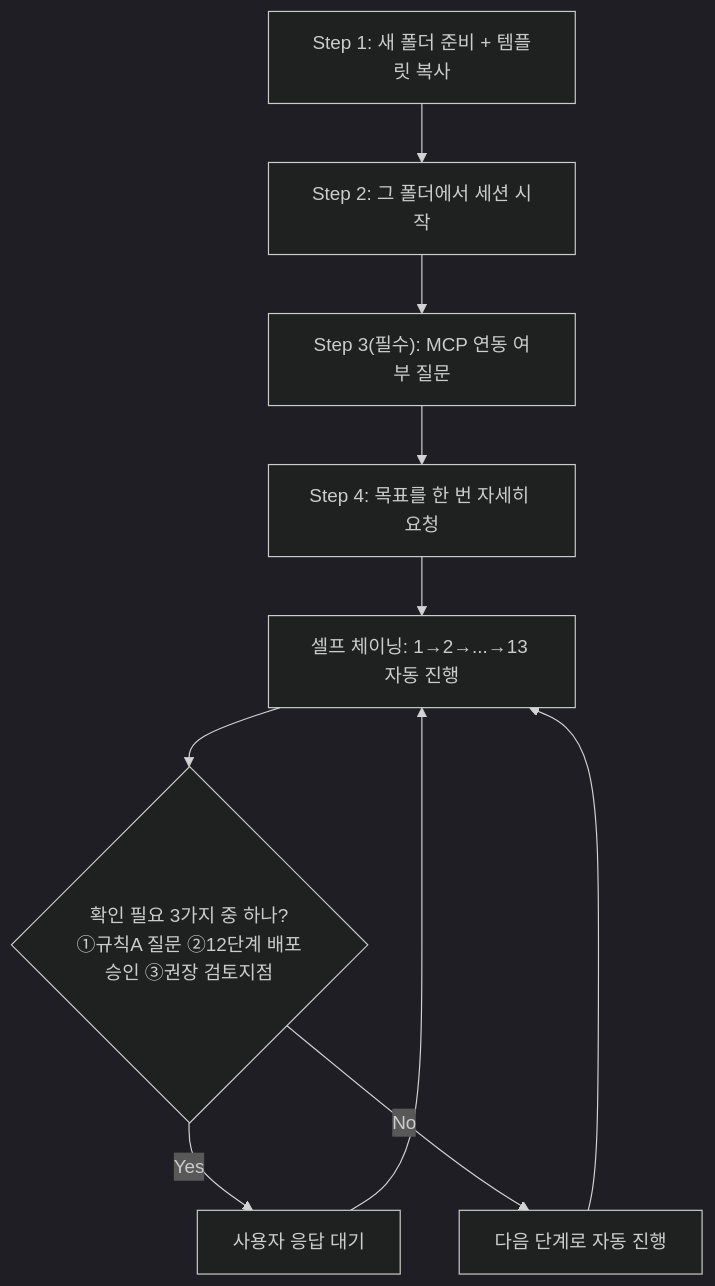
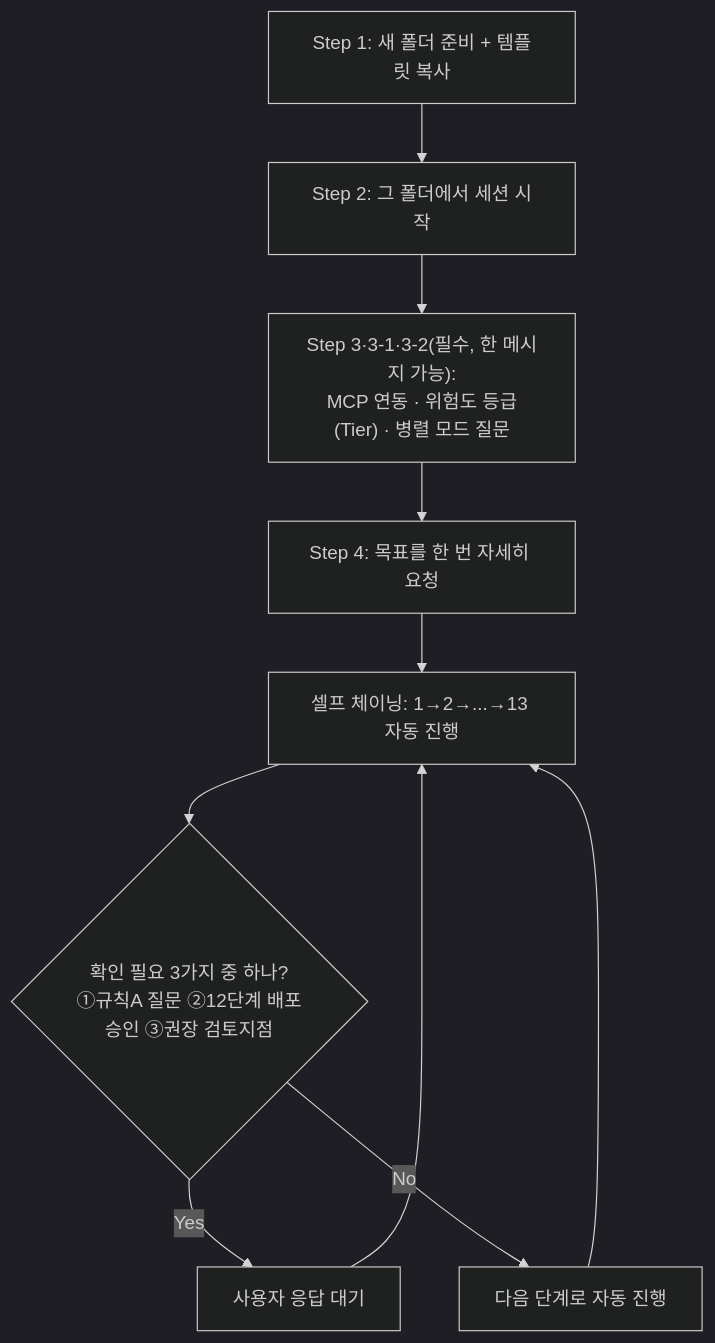
The fourth of 9 diagrams in USAGE-GUIDE.md (jcs19752510-ui/HANESS_AUTO), drawn with Mermaid (dark theme) before and after one commit. The commit also changed other lines of this file and 7 other files, not shown here.

````diff
--- a/USAGE-GUIDE.md
+++ b/USAGE-GUIDE.md
@@ -96,12 +121,12 @@
 ```mermaid
 flowchart TD
     A["Step 1: 새 폴더 준비 + 템플릿 복사"] --> B["Step 2: 그 폴더에서 세션 시작"]
-    B --> C["Step 3(필수): MCP 연동 여부 질문"]
+    B --> C["Step 3·3-1·3-2(필수, 한 메시지 가능):<br/>MCP 연동 · 위험도 등급(Tier) · 병렬 모드 질문"]
     C --> D["Step 4: 목표를 한 번 자세히 요청"]
     D --> E["셀프 체이닝: 1→2→...→13 자동 진행"]
     E --> F{"확인 필요 3가지 중 하나?<br/>①규칙A 질문 ②12단계 배포승인 ③권장 검토지점"}
     F -->|Yes| G[사용자 응답 대기]
     G --> E
     F -->|No| H[다음 단계로 자동 진행]
     H --> E
 ```
````
